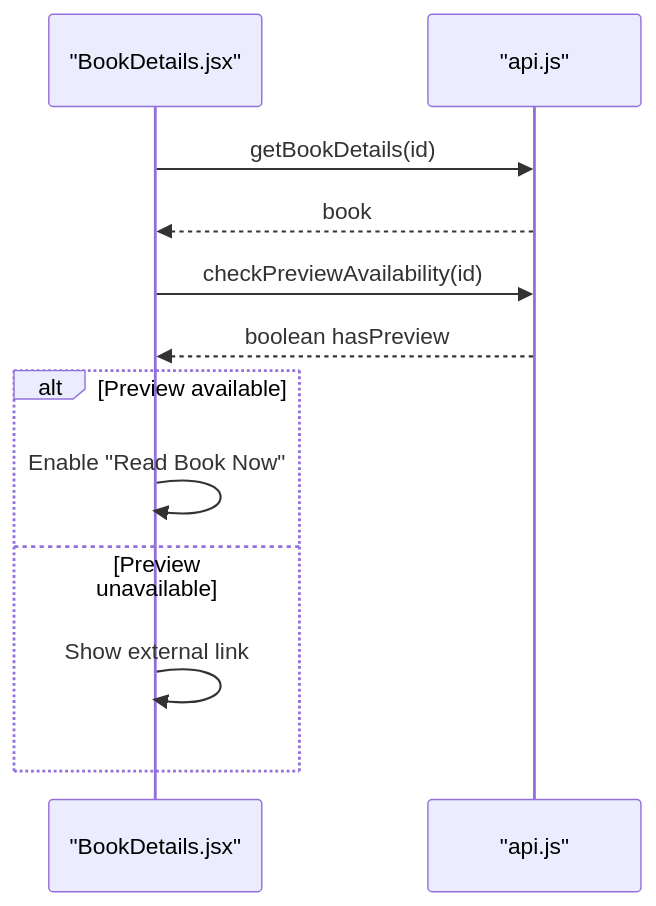
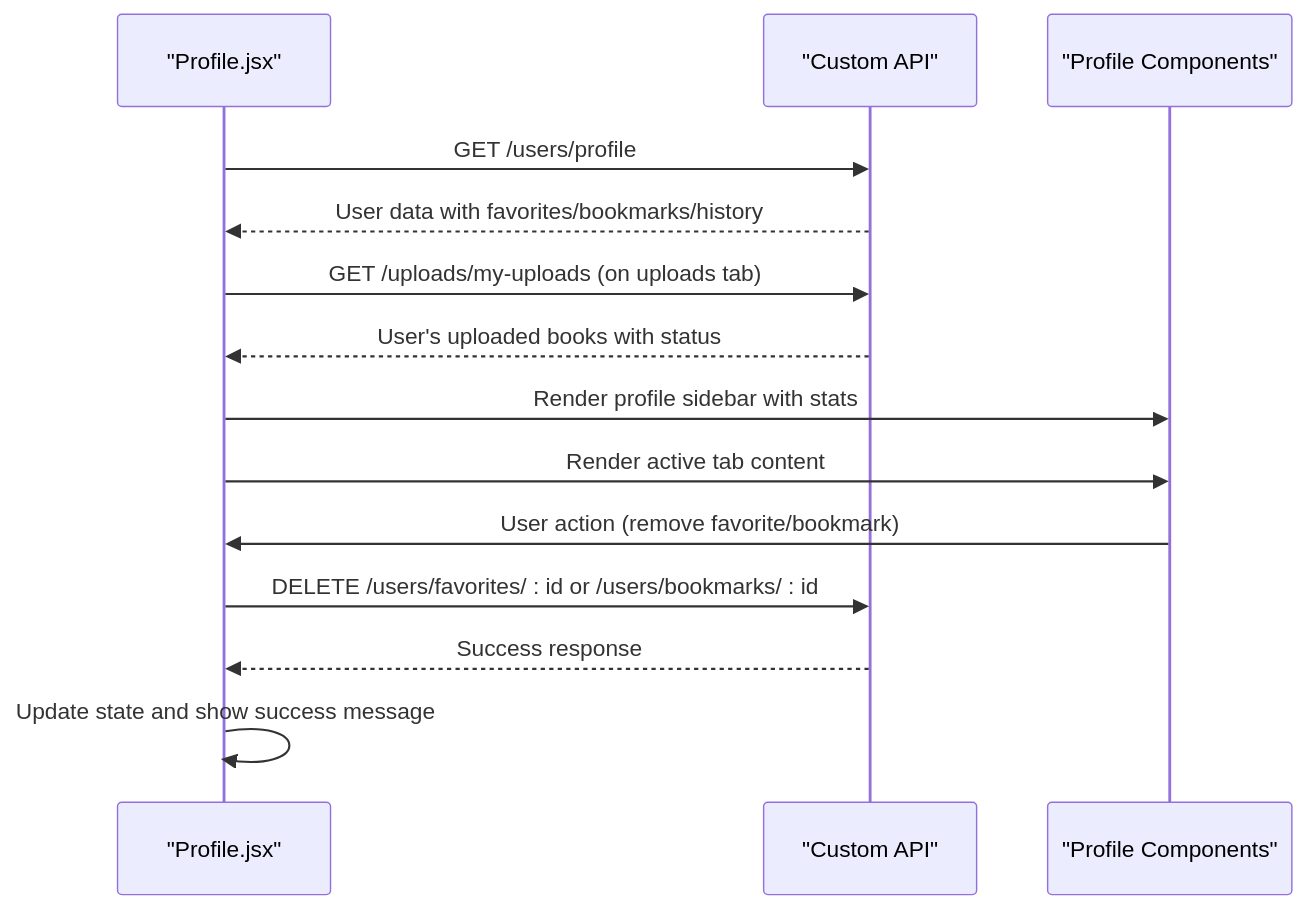
Before and after one commit to ganesh-NB/readsphere: the seventh of 9 diagrams in .qoder/repowiki/en/content/Frontend Component Architecture/Frontend Component Architecture.md, drawn with Mermaid. The commit also changed other lines of this file and 46 other files, not shown here.

````diff
--- a/.qoder/repowiki/en/content/Frontend Component Architecture/Frontend Component Architecture.md
+++ b/.qoder/repowiki/en/content/Frontend Component Architecture/Frontend Component Architecture.md
@@ -345,14 +360,16 @@
 ```mermaid
 sequenceDiagram
-participant Detail as "BookDetails.jsx"
-participant API as "api.js"
-Detail->>API : getBookDetails(id)
-API-->>Detail : book
-Detail->>API : checkPreviewAvailability(id)
-API-->>Detail : boolean hasPreview
-alt Preview available
-Detail->>Detail : Enable "Read Book Now"
-else Preview unavailable
-Detail->>Detail : Show external link
-end
+participant Profile as "Profile.jsx"
+participant API as "Custom API"
+participant UI as "Profile Components"
+Profile->>API : GET /users/profile
+API-->>Profile : User data with favorites/bookmarks/history
+Profile->>API : GET /uploads/my-uploads (on uploads tab)
+API-->>Profile : User's uploaded books with status
+Profile->>UI : Render profile sidebar with stats
+Profile->>UI : Render active tab content
+UI->>Profile : User action (remove favorite/bookmark)
+Profile->>API : DELETE /users/favorites/ : id or /users/bookmarks/ : id
+API-->>Profile : Success response
+Profile->>Profile : Update state and show success message
 ```
````
